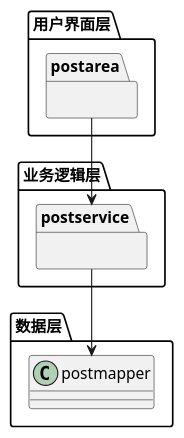
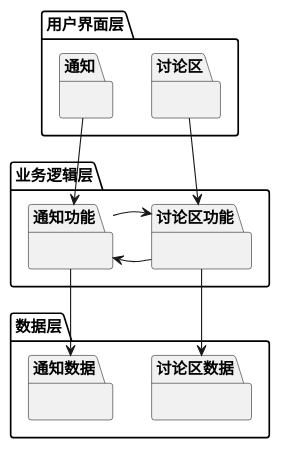
The diagram in doc/plantuml/logical-view.plantuml (amnore/seec-ii-2021-stage-3), drawn with PlantUML before and after one commit. The commit also changed 4 other files, not shown here.

Commit message:
add graphs

```diff
--- a/doc/plantuml/logical-view.plantuml
+++ b/doc/plantuml/logical-view.plantuml
@@ -1,19 +1,27 @@
 @startuml
 
 package "用户界面层" as ui {
-        package postarea {}
+        package "讨论区" as postarea {}
+        package "通知" as notification {}
 }
 
 package "业务逻辑层" as logic {
-        package postservice {}
+        package "讨论区功能" as postservice {}
+        package "通知功能" as notificationservice {}
 }
 
 package "数据层" as data {
-        class postmapper
+        package "讨论区数据" as postmapper {}
+        package "通知数据" as notificationmapper {}
 }
 
 postarea --> postservice
+notification --> notificationservice
+
+postservice -> notificationservice
+notificationservice -> postservice
 
 postservice --> postmapper
+notificationservice --> notificationmapper
 
 @enduml
```
